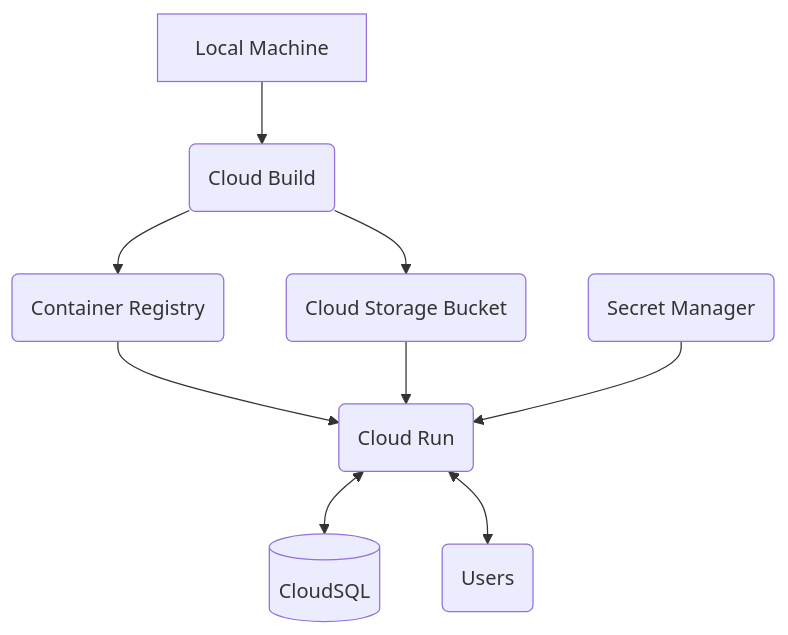
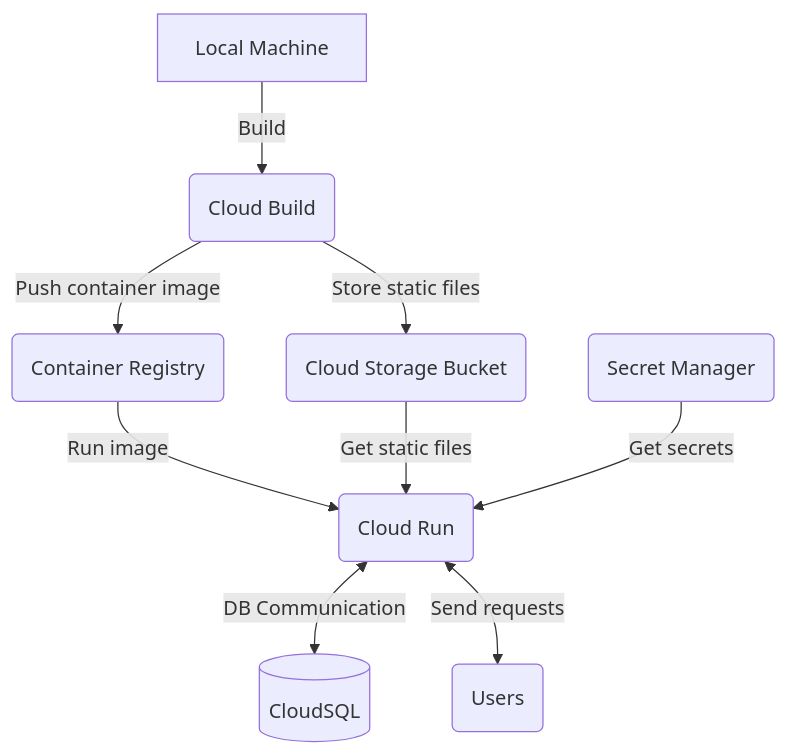
Before and after one commit to AdamKaczmarski/cloud-comp-coursework: the diagram in README.md, drawn with Mermaid. The commit also changed other lines of this file, not shown here.

Commit message:
readme named connections

````diff
--- a/README.md
+++ b/README.md
@@ -19,11 +19,11 @@
 ```mermaid
 graph TB
-    A[Local Machine] --> B(Cloud Build)
-    B --> C(Container Registry)
-    B --> D(Cloud Storage Bucket)
-    C --> E(Cloud Run)
-    D --> E
-    E <--> F[(CloudSQL)]
-    G(Secret Manager) --> E
-    E <--> H(Users)
+    A[Local Machine] -->|Build| B(Cloud Build)
+    B -->|Push container image| C(Container Registry)
+    B -->|Store static files| D(Cloud Storage Bucket)
+    C -->|Run image| E(Cloud Run)
+    D -->|Get static files| E
+    E <-->|DB Communication| F[(CloudSQL)]
+    G(Secret Manager) -->|Get secrets| E
+    E <-->|Send requests| H(Users)
 ```
````
